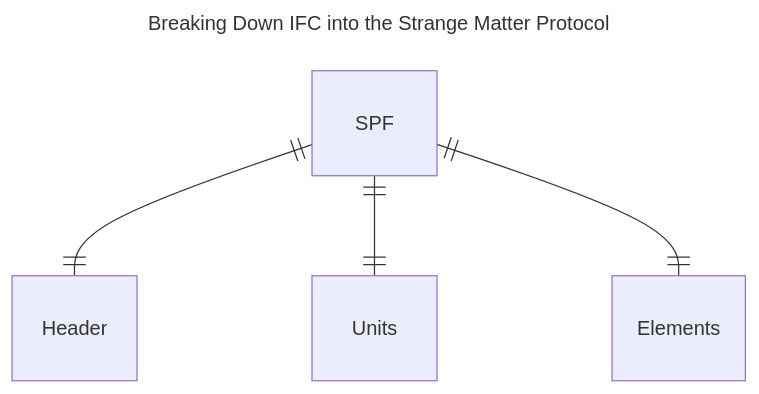
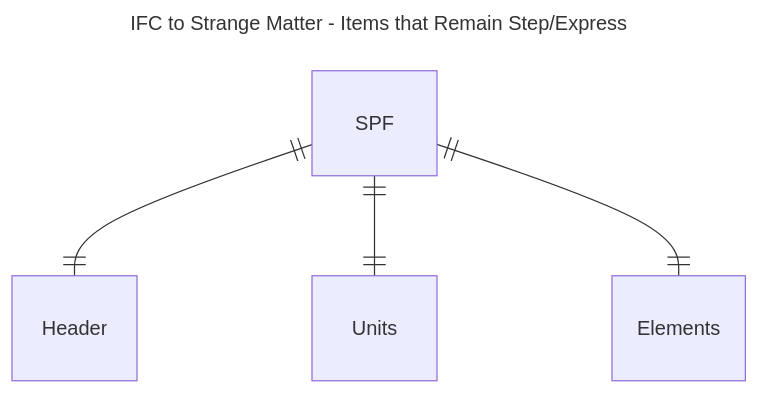
One commit to magnetar-io/strangematter_ifc_4x changed the diagram in README.md. Above: the diagram before and after it, drawn with Mermaid.

````diff
--- a/README.md
+++ b/README.md
@@ -2,9 +2,9 @@
 ```mermaid
 ---
-title: Breaking Down IFC into the Strange Matter Protocol
+title: IFC to Strange Matter - Items that Remain Step/Express
 ---
 erDiagram
     SPF  ||--|| Header : ""
     SPF  ||--|| Units : ""
     SPF  ||--|| Elements : ""
 ```
````
